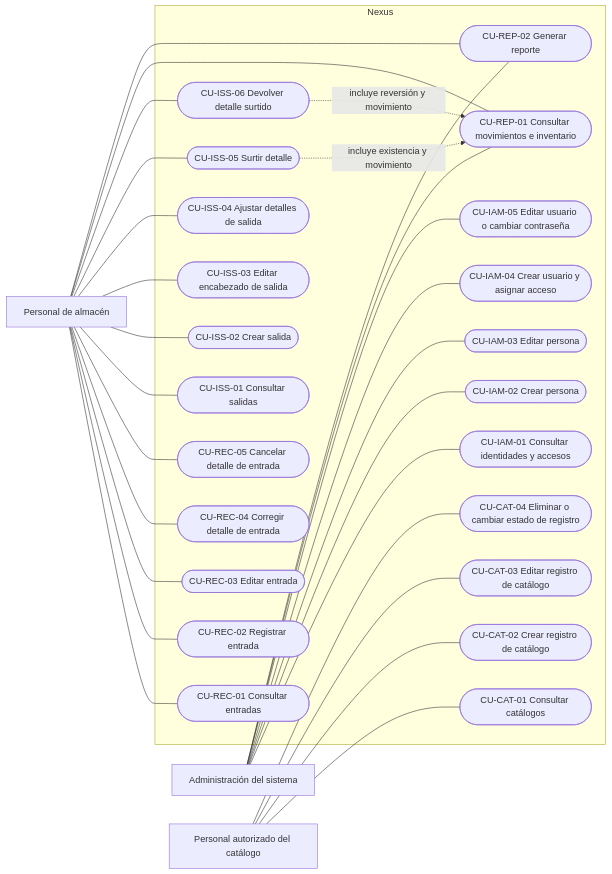
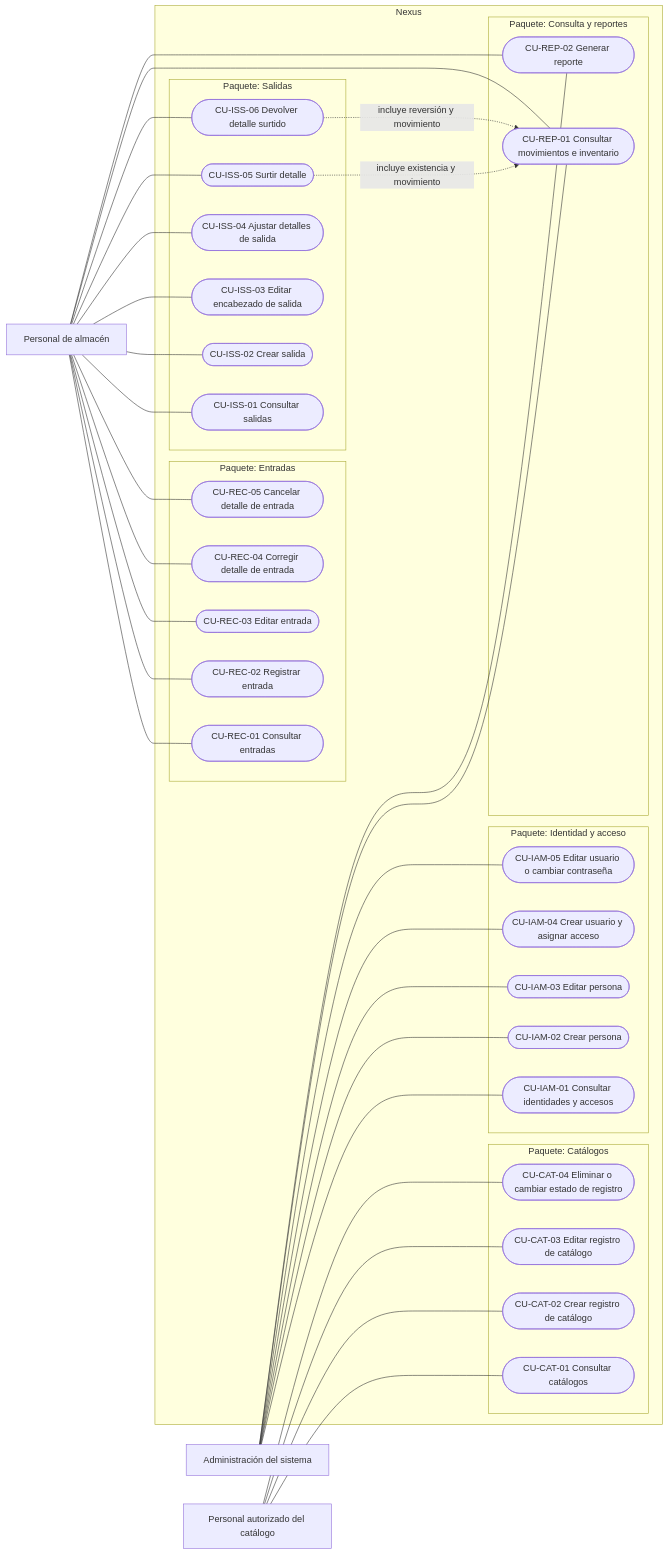
Before and after one commit to gpgsistemas01/nexus: the second of 3 diagrams in docs/requirements/domain-and-use-cases.md, drawn with Mermaid. The commit also changed other lines of this file and 12 other files, not shown here.

````diff
--- a/docs/requirements/domain-and-use-cases.md
+++ b/docs/requirements/domain-and-use-cases.md
@@ -74,58 +74,68 @@
 ```mermaid
 flowchart LR
     warehouse["Personal de almacén"]
     admin["Administración del sistema"]
     catalogOperator["Personal autorizado del catálogo"]
 
     subgraph nexus["Nexus"]
+      subgraph identityPackage["Paquete: Identidad y acceso"]
         ucIdentityQuery(["CU-IAM-01 Consultar identidades y accesos"])
         ucPersonCreate(["CU-IAM-02 Crear persona"])
         ucPersonEdit(["CU-IAM-03 Editar persona"])
         ucUserCreate(["CU-IAM-04 Crear usuario y asignar acceso"])
         ucUserEdit(["CU-IAM-05 Editar usuario o cambiar contraseña"])
+      end
+      subgraph catalogPackage["Paquete: Catálogos"]
         ucCatalogQuery(["CU-CAT-01 Consultar catálogos"])
         ucCatalogCreate(["CU-CAT-02 Crear registro de catálogo"])
         ucCatalogEdit(["CU-CAT-03 Editar registro de catálogo"])
         ucCatalogRemove(["CU-CAT-04 Eliminar o cambiar estado de registro"])
+      end
+      subgraph receiptPackage["Paquete: Entradas"]
         ucReceiptQuery(["CU-REC-01 Consultar entradas"])
         ucReceiptCreate(["CU-REC-02 Registrar entrada"])
         ucReceiptEdit(["CU-REC-03 Editar entrada"])
         ucReceiptCorrect(["CU-REC-04 Corregir detalle de entrada"])
         ucReceiptCancel(["CU-REC-05 Cancelar detalle de entrada"])
+      end
+      subgraph issuePackage["Paquete: Salidas"]
         ucIssueQuery(["CU-ISS-01 Consultar salidas"])
         ucIssueCreate(["CU-ISS-02 Crear salida"])
         ucIssueHeader(["CU-ISS-03 Editar encabezado de salida"])
         ucIssueDetails(["CU-ISS-04 Ajustar detalles de salida"])
         ucSupply(["CU-ISS-05 Surtir detalle"])
         ucReturn(["CU-ISS-06 Devolver detalle surtido"])
+      end
+      subgraph reportPackage["Paquete: Consulta y reportes"]
         ucMovements(["CU-REP-01 Consultar movimientos e inventario"])
         ucReports(["CU-REP-02 Generar reporte"])
+      end
     end
 
     catalogOperator --- ucCatalogQuery
     catalogOperator --- ucCatalogCreate
     catalogOperator --- ucCatalogEdit
     catalogOperator --- ucCatalogRemove
     warehouse --- ucReceiptQuery
     warehouse --- ucReceiptCreate
     warehouse --- ucReceiptEdit
     warehouse --- ucReceiptCorrect
     warehouse --- ucReceiptCancel
     warehouse --- ucIssueQuery
     warehouse --- ucIssueCreate
     warehouse --- ucIssueHeader
     warehouse --- ucIssueDetails
     warehouse --- ucSupply
     warehouse --- ucReturn
     warehouse --- ucMovements
     warehouse --- ucReports
     admin --- ucIdentityQuery
     admin --- ucPersonCreate
     admin --- ucPersonEdit
     admin --- ucUserCreate
     admin --- ucUserEdit
     admin --- ucMovements
     admin --- ucReports
     ucSupply -.->|incluye existencia y movimiento| ucMovements
     ucReturn -.->|incluye reversión y movimiento| ucMovements
 ```
````
